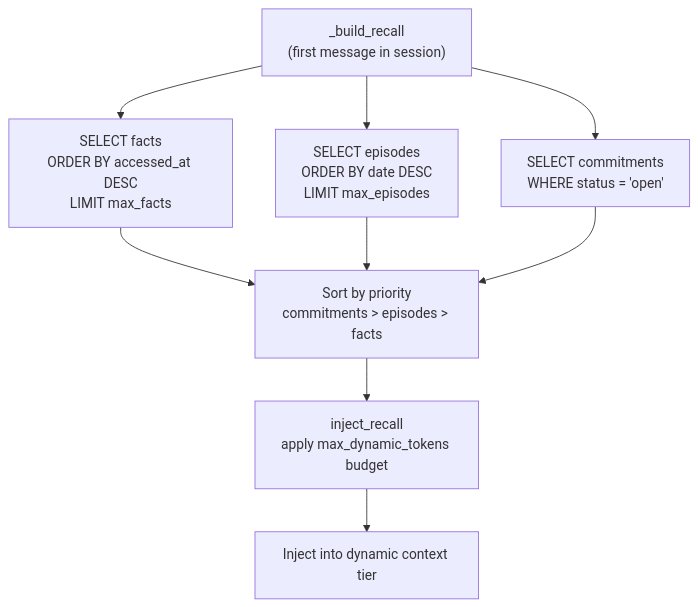
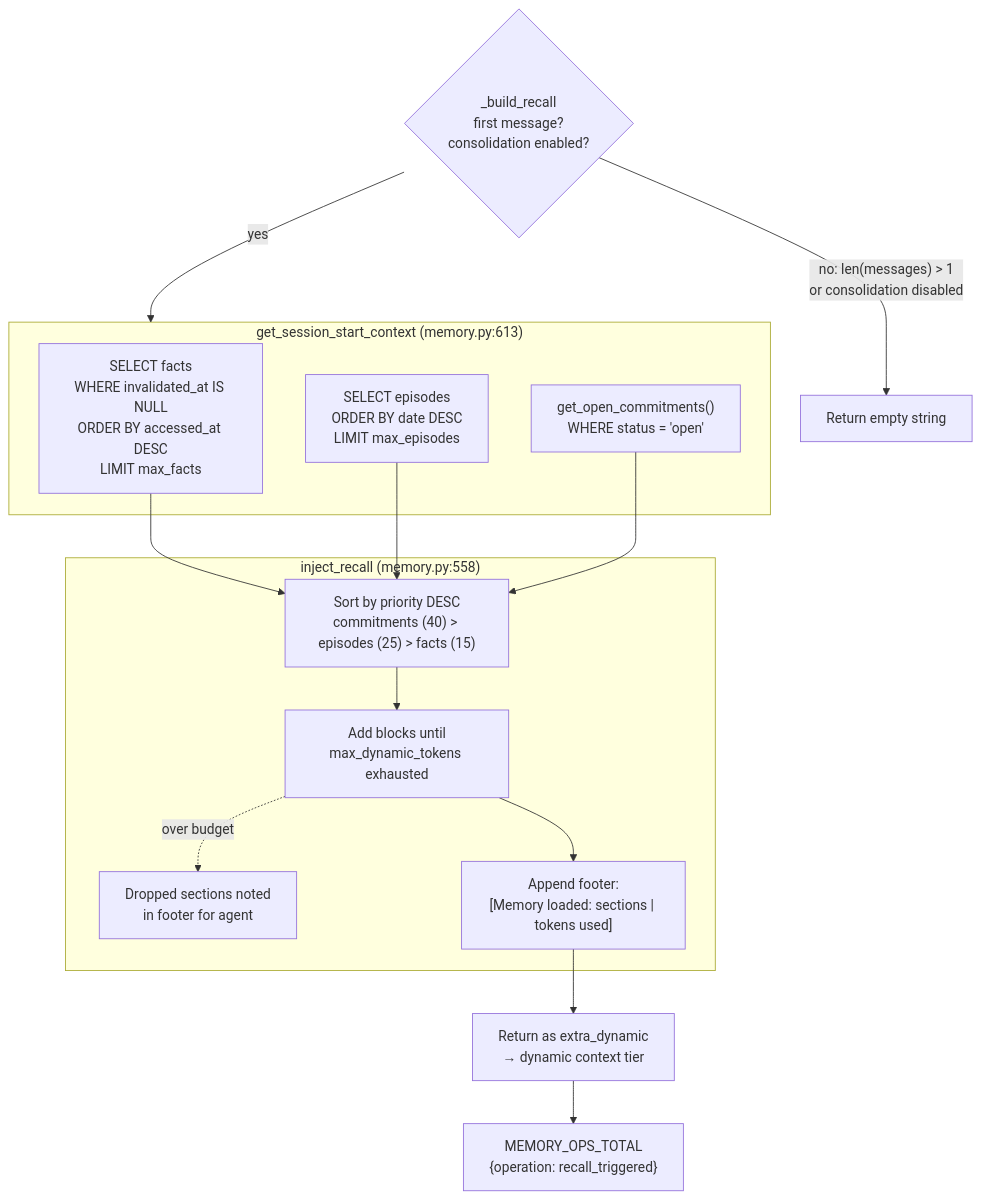
The fourth of 10 diagrams in docs/diagrams.md (nicolasforstinger/lucyd), drawn with Mermaid before and after one commit. The commit also changed other lines of this file and 18 other files, not shown here.

````diff
--- a/docs/diagrams.md
+++ b/docs/diagrams.md
@@ -152,20 +279,30 @@
 ```mermaid
 flowchart TD
-    START["_build_recall<br/>(first message in session)"]
+    GUARD{"_build_recall<br/>first message?<br/>consolidation enabled?"}
+    SKIP["Return empty string"]
 
-    FACTS["SELECT facts<br/>ORDER BY accessed_at DESC<br/>LIMIT max_facts"]
-    EPISODES["SELECT episodes<br/>ORDER BY date DESC<br/>LIMIT max_episodes"]
-    COMMITS["SELECT commitments<br/>WHERE status = 'open'"]
+    subgraph Query["get_session_start_context (memory.py:613)"]
+        FACTS["SELECT facts<br/>WHERE invalidated_at IS NULL<br/>ORDER BY accessed_at DESC<br/>LIMIT max_facts"]
+        EPISODES["SELECT episodes<br/>ORDER BY date DESC<br/>LIMIT max_episodes"]
+        COMMITS["get_open_commitments()<br/>WHERE status = 'open'"]
+    end
 
-    PRIORITY["Sort by priority<br/>commitments > episodes > facts"]
-    BUDGET["inject_recall<br/>apply max_dynamic_tokens budget"]
-    OUTPUT["Inject into dynamic context tier"]
+    subgraph Budget["inject_recall (memory.py:558)"]
+        SORT["Sort by priority DESC<br/>commitments (40) > episodes (25) > facts (15)"]
+        ITER["Add blocks until<br/>max_dynamic_tokens exhausted"]
+        DROP["Dropped sections noted<br/>in footer for agent"]
+        FOOTER["Append footer:<br/>[Memory loaded: sections | tokens used]"]
+    end
 
-    START --> FACTS
-    START --> EPISODES
-    START --> COMMITS
-    FACTS --> PRIORITY
-    EPISODES --> PRIORITY
-    COMMITS --> PRIORITY
-    PRIORITY --> BUDGET --> OUTPUT
+    OUTPUT["Return as extra_dynamic<br/>→ dynamic context tier"]
+    METRIC["MEMORY_OPS_TOTAL<br/>{operation: recall_triggered}"]
+
+    GUARD -->|"no: len(messages) > 1<br/>or consolidation disabled"| SKIP
+    GUARD -->|yes| Query
+    FACTS --> SORT
+    EPISODES --> SORT
+    COMMITS --> SORT
+    SORT --> ITER --> FOOTER --> OUTPUT
+    ITER -.->|over budget| DROP
+    OUTPUT --> METRIC
 ```
````
